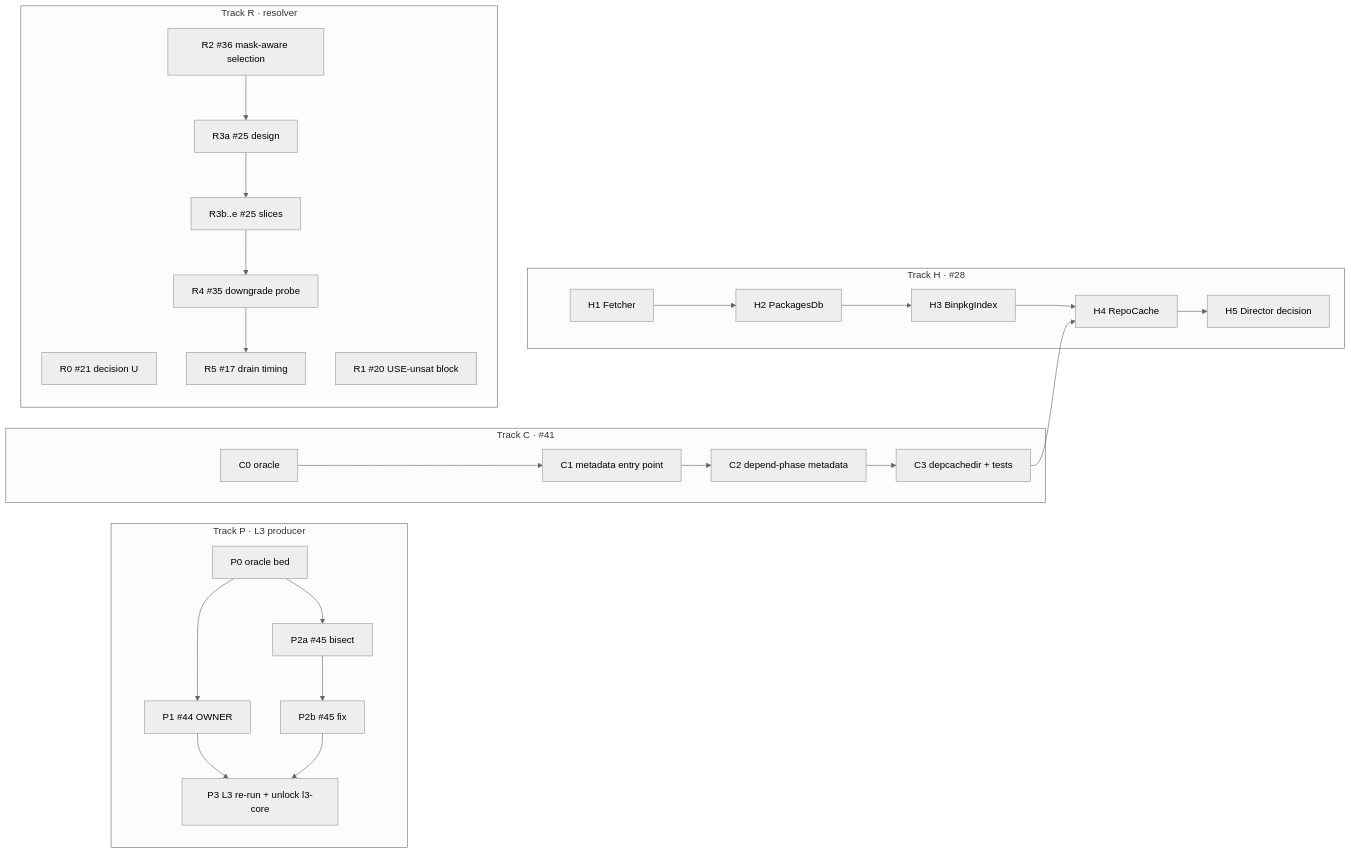
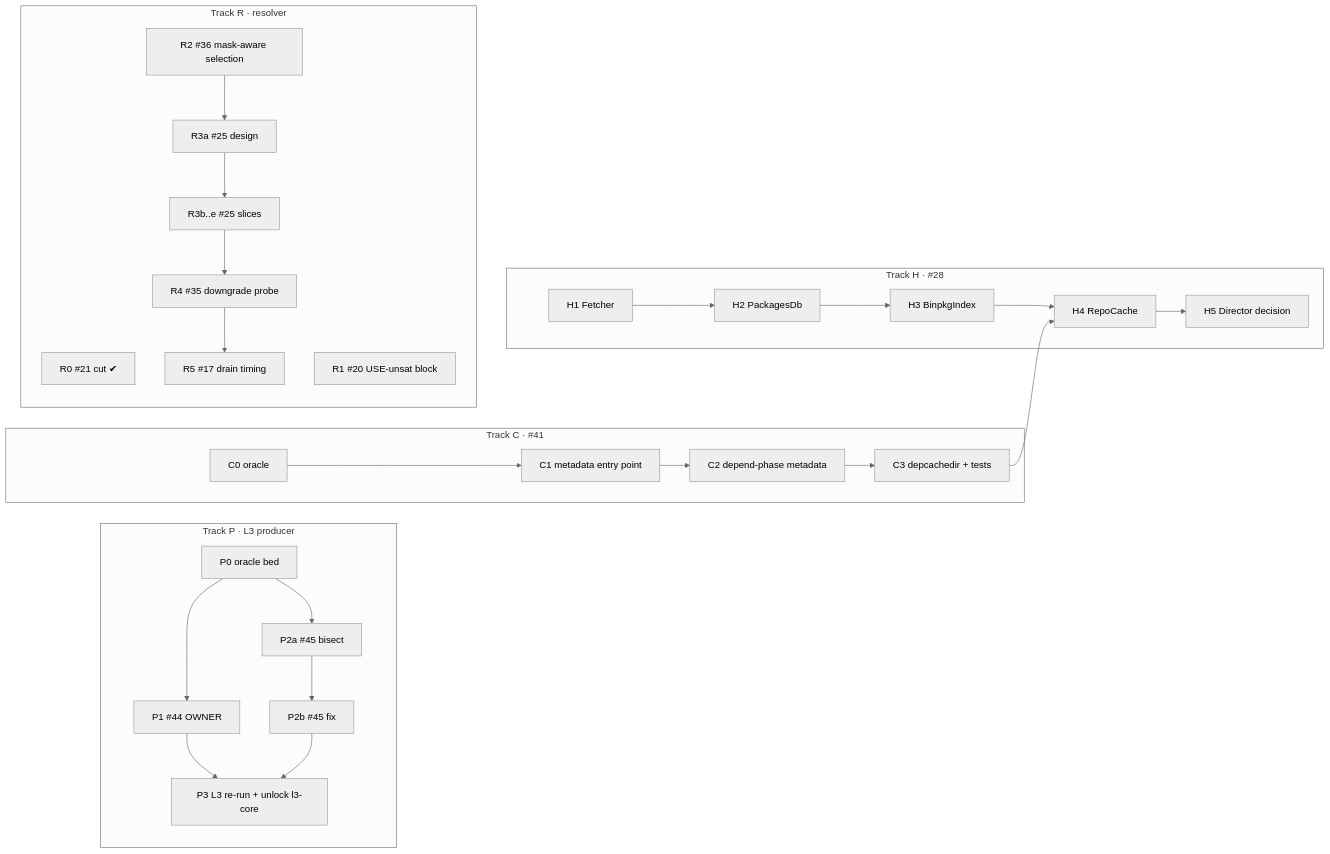
The diagram in docs/backlog_tier_5_and_2_sliced.opus.md (vivo75/portuale), drawn with Mermaid (neutral theme) before and after one commit. The commit also changed other lines of this file and 3 other files, not shown here.

````diff
--- a/docs/backlog_tier_5_and_2_sliced.opus.md
+++ b/docs/backlog_tier_5_and_2_sliced.opus.md
@@ -68,19 +71,19 @@
 ```mermaid
 flowchart LR
   subgraph P[Track P · L3 producer]
     P0[P0 oracle bed] --> P1[P1 #44 OWNER] --> P3[P3 L3 re-run + unlock l3-core]
     P0 --> P2a[P2a #45 bisect] --> P2b[P2b #45 fix] --> P3
   end
   subgraph C[Track C · #41]
     C0[C0 oracle] --> C1[C1 metadata entry point] --> C2[C2 depend-phase metadata] --> C3[C3 depcachedir + tests]
   end
   subgraph R[Track R · resolver]
-    R0[R0 #21 decision U] 
+    R0[R0 #21 cut ✔] 
     R1[R1 #20 USE-unsat block]
     R2[R2 #36 mask-aware selection] --> R3a[R3a #25 design] --> R3b[R3b..e #25 slices] --> R4[R4 #35 downgrade probe] --> R5[R5 #17 drain timing]
   end
   subgraph H[Track H · #28]
     H1[H1 Fetcher] --> H2[H2 PackagesDb] --> H3[H3 BinpkgIndex] --> H4[H4 RepoCache] --> H5[H5 Director decision]
   end
   C3 --> H4
 ```
````
